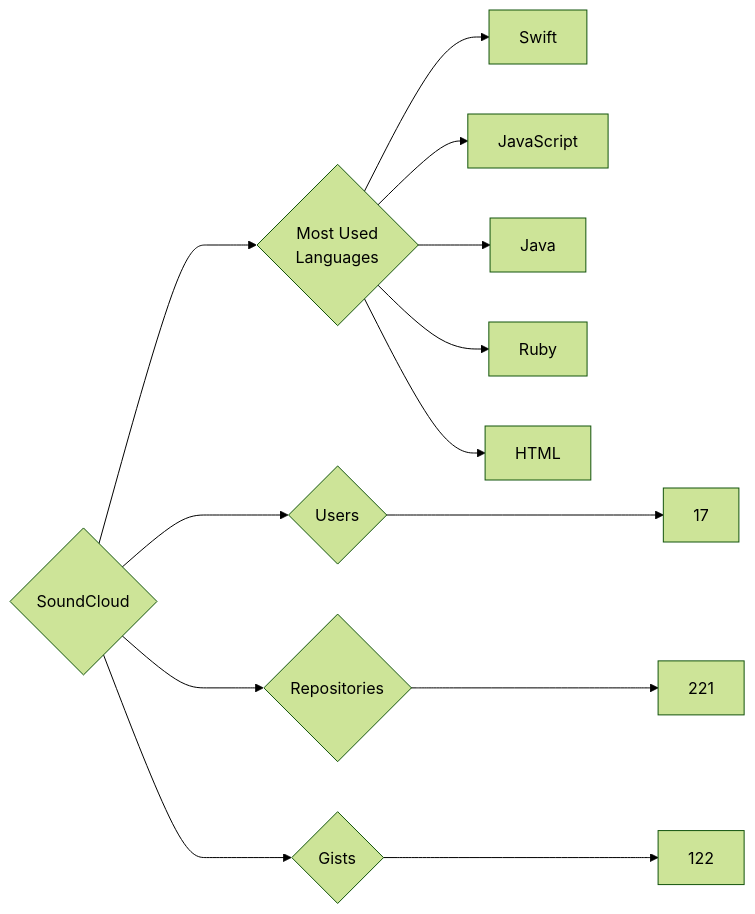
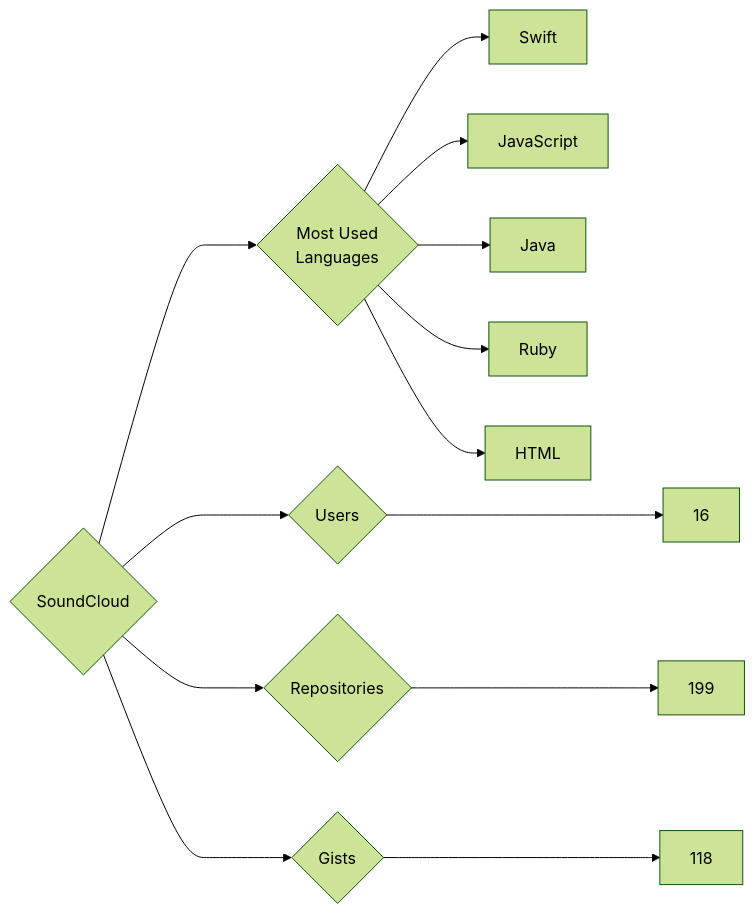
The diagram in targets/SoundCloud/README.md (trickest/insiders), drawn with Mermaid (forest theme) before and after one commit. The commit also changed 715 other files, not shown here.

````diff
--- a/targets/SoundCloud/README.md
+++ b/targets/SoundCloud/README.md
@@ -3,13 +3,13 @@
 ```mermaid
 graph LR
 COMPANY_NAME{SoundCloud}
-COMPANY_NAME ---> U{Users} ---> UN[17]
-COMPANY_NAME ---> R{Repositories} ---> RN[221]
-COMPANY_NAME ---> G{Gists} ---> GN[122]
+COMPANY_NAME ---> U{Users} ---> UN[16]
+COMPANY_NAME ---> R{Repositories} ---> RN[199]
+COMPANY_NAME ---> G{Gists} ---> GN[118]
 COMPANY_NAME ---> ML{Most Used<br>Languages}
 ML --> Swift[Swift]
 ML --> JavaScript[JavaScript]
 ML --> Java[Java]
 ML --> Ruby[Ruby]
 ML --> HTML[HTML]
 ```
````
